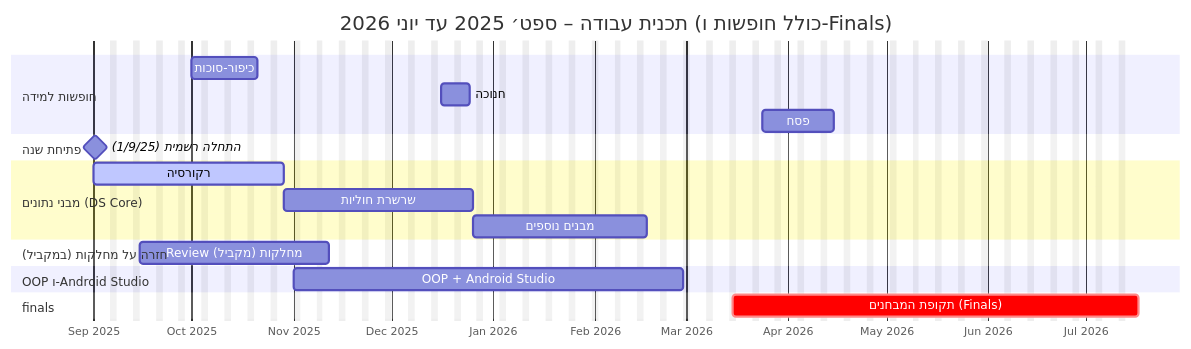
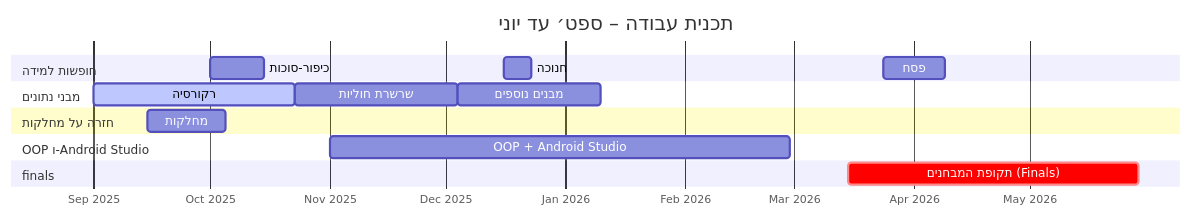
One commit to 3strategy/BeautifulMivney changed the diagram in mivney/0minhalot/0YearOpening.md. Above: the diagram before and after it, drawn with Mermaid.

Commit message:
תיקון mermaid

```diff
--- a/mivney/0minhalot/0YearOpening.md
+++ b/mivney/0minhalot/0YearOpening.md
@@ -26,55 +26,54 @@
 <div class="mermaid">
+---
+displayMode: compact
+---
 gantt
-title תכנית עבודה – ספט׳ 2025 עד יוני 2026 (כולל חופשות ו-Finals)
+title תכנית עבודה – ספט׳ עד יוני 
 dateFormat YYYY-MM-DD
 axisFormat %b %Y
-excludes weekends
+
 
 
 %% -----------------------------
 %% חופשות למידה (בראש התרשים)
 %% -----------------------------
 section חופשות למידה
 כיפור-סוכות :holiday1, 2025-10-01, 14d
 חנוכה :holiday2, 2025-12-16, 7d
 פסח :holiday3, 2026-03-24, 16d
 
 
-%% -----------------------------
-%% פתיחת שנה
-%% -----------------------------
-section פתיחת שנה
-התחלה רשמית (1/9/25) :milestone, kickoff, 2025-09-01, 1d
+
 
 
 %% -----------------------------
 %% מסלול מבני נתונים (DS Core)
 %% -----------------------------
-section מבני נתונים (DS Core)
-רקורסיה :active, recursion, 2025-09-01, 42d
+section מבני נתונים
+רקורסיה :active, recursion, 2025-09-01, 52d
 שרשרת חוליות :ll, after recursion, 42d
 מבנים נוספים :more, after ll, 37d
 
 
 %% -----------------------------
 %% חזרה על מחלקות – במקביל, החל שבועיים אחרי ההתחלה
 %% -----------------------------
-section חזרה על מחלקות (במקביל)
-Review מחלקות (מקביל) :classes, 2025-09-15, 42d
+section חזרה על מחלקות 
+מחלקות :classes, 2025-09-15, 20d
 
 
 %% -----------------------------
 %% OOP ו-Android Studio – החל חודשיים אחרי ההתחלה
 %% -----------------------------
 section OOP ו-Android Studio
 OOP + Android Studio :oop, 2025-11-01, 2026-02-28
 
 
 %% -----------------------------
 %% Finals (טיימליין רביעי)
 %% -----------------------------
 section finals
-תקופת המבחנים (Finals) :crit, finals, 2026-03-15, 90d
+תקופת המבחנים (Finals) :crit, finals, 2026-03-15, 75d
 
 
 </div>
```
